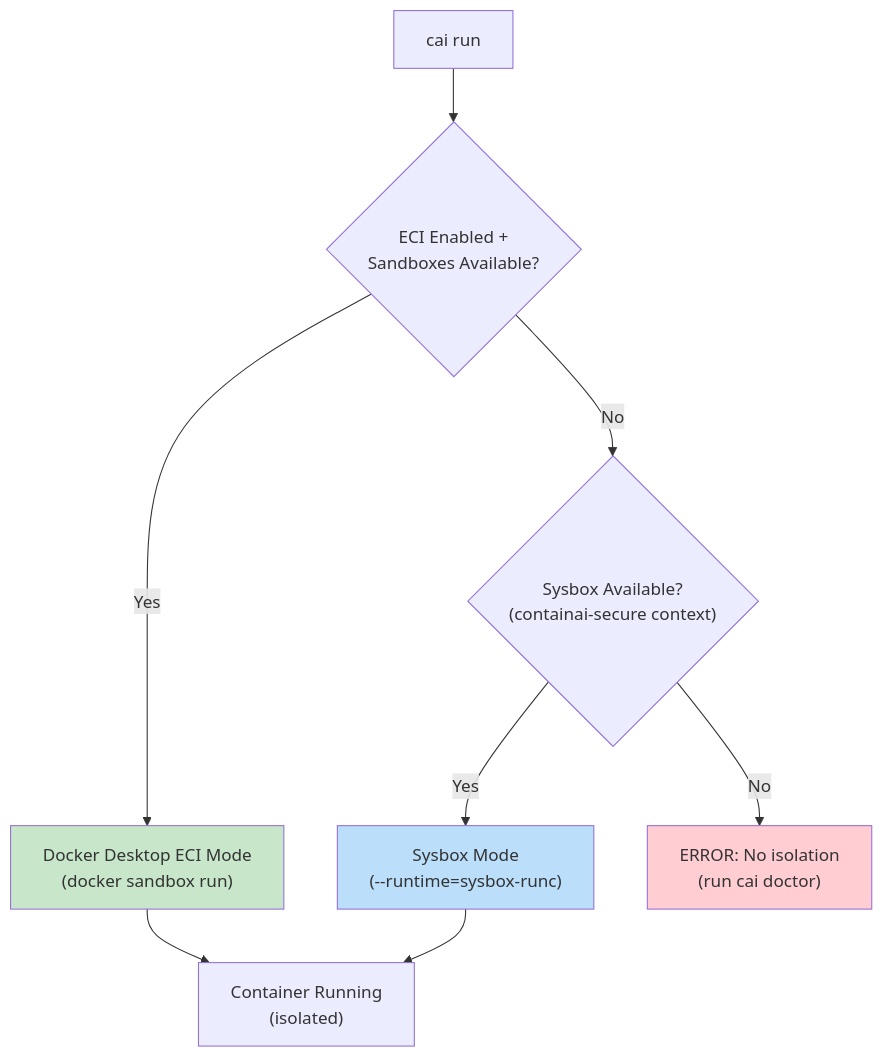
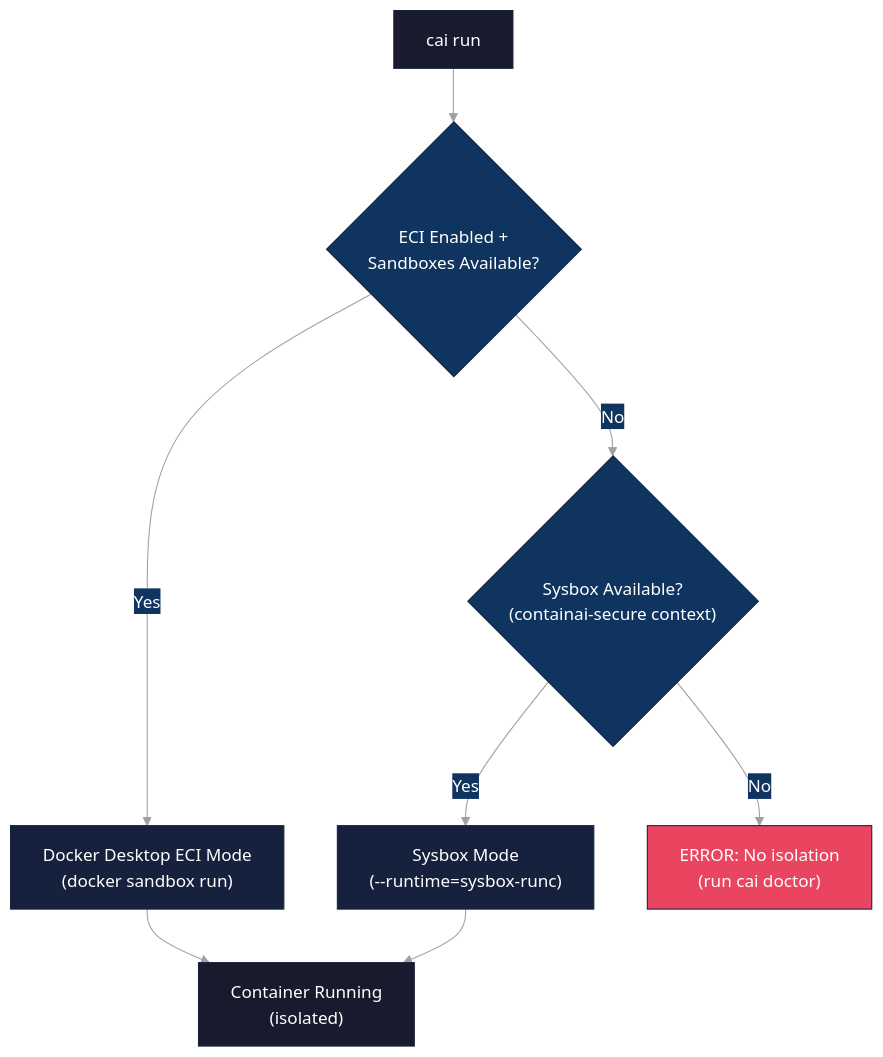
One commit to novotnyllc/ContainAI changed the fourth of 8 diagrams in docs/architecture.md. Above: the diagram before and after it, drawn with Mermaid. The commit also changed other lines of this file and 45 other files, not shown here.

````diff
--- a/docs/architecture.md
+++ b/docs/architecture.md
@@ -160,17 +191,31 @@
 ```mermaid
+%%{init: {'theme': 'base', 'themeVariables': {
+  'primaryColor': '#1a1a2e',
+  'primaryTextColor': '#ffffff',
+  'primaryBorderColor': '#16213e',
+  'secondaryColor': '#0f3460',
+  'tertiaryColor': '#1a1a2e',
+  'lineColor': '#a0a0a0',
+  'textColor': '#ffffff',
+  'background': '#0d1117'
+}}}%%
 flowchart TD
     Start["cai run"] --> ECICheck{"ECI Enabled +<br/>Sandboxes Available?"}
 
     ECICheck -->|Yes| ECI["Docker Desktop ECI Mode<br/>(docker sandbox run)"]
     ECICheck -->|No| SysboxCheck{"Sysbox Available?<br/>(containai-secure context)"}
 
     SysboxCheck -->|Yes| Sysbox["Sysbox Mode<br/>(--runtime=sysbox-runc)"]
     SysboxCheck -->|No| Fail["ERROR: No isolation<br/>(run cai doctor)"]
 
     ECI --> Container["Container Running<br/>(isolated)"]
     Sysbox --> Container
 
-    style ECI fill:#c8e6c9
-    style Sysbox fill:#bbdefb
-    style Fail fill:#ffcdd2
+    style Start fill:#1a1a2e,stroke:#16213e,color:#fff
+    style ECICheck fill:#0f3460,stroke:#16213e,color:#fff
+    style SysboxCheck fill:#0f3460,stroke:#16213e,color:#fff
+    style ECI fill:#16213e,stroke:#16213e,color:#fff
+    style Sysbox fill:#16213e,stroke:#16213e,color:#fff
+    style Fail fill:#e94560,stroke:#16213e,color:#fff
+    style Container fill:#1a1a2e,stroke:#16213e,color:#fff
 ```
````
